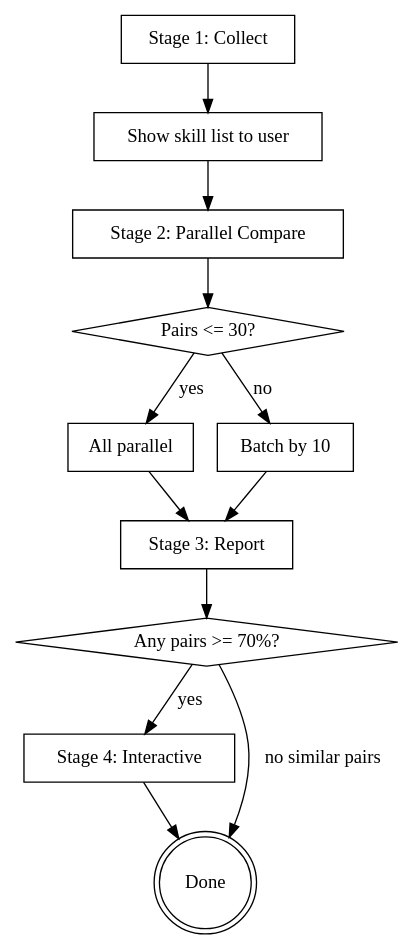
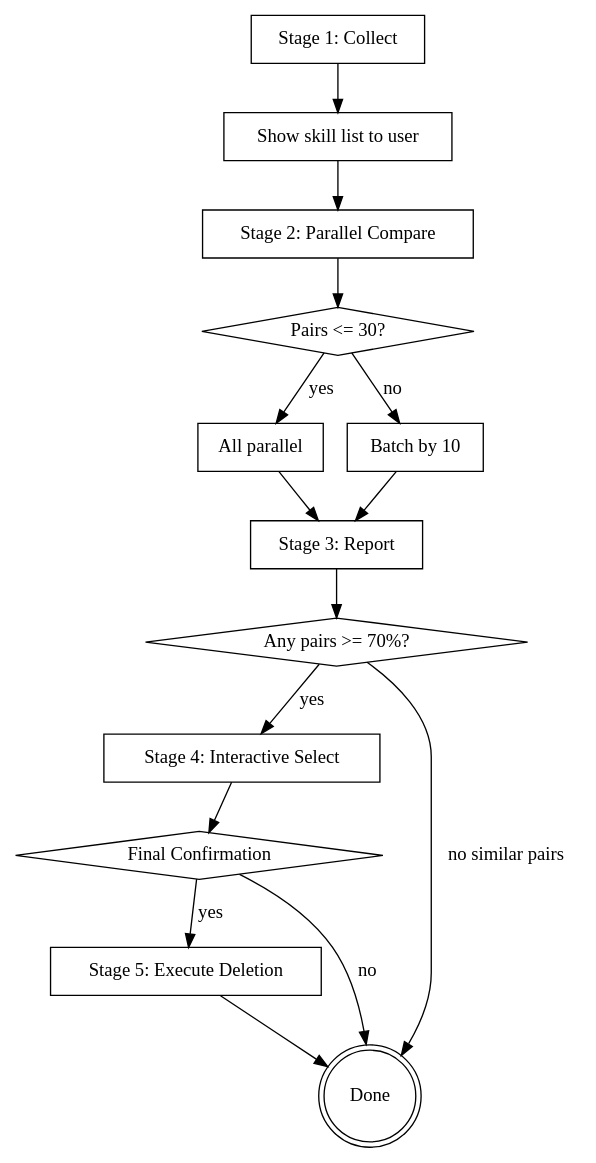
One commit to amebahead/skills-cleaner changed the diagram in skills/clean-skills/SKILL.md. Above: the diagram before and after it, drawn with Graphviz. The commit also changed other lines of this file, not shown here.

````diff
--- a/skills/clean-skills/SKILL.md
+++ b/skills/clean-skills/SKILL.md
@@ -18,26 +18,31 @@
 ```dot
 digraph skills_cleaner {
     "Stage 1: Collect" [shape=box];
     "Show skill list to user" [shape=box];
     "Stage 2: Parallel Compare" [shape=box];
     "Pairs <= 30?" [shape=diamond];
     "All parallel" [shape=box];
     "Batch by 10" [shape=box];
     "Stage 3: Report" [shape=box];
     "Any pairs >= 70%?" [shape=diamond];
-    "Stage 4: Interactive" [shape=box];
+    "Stage 4: Interactive Select" [shape=box];
+    "Final Confirmation" [shape=diamond];
+    "Stage 5: Execute Deletion" [shape=box];
     "Done" [shape=doublecircle];
 
     "Stage 1: Collect" -> "Show skill list to user";
     "Show skill list to user" -> "Stage 2: Parallel Compare";
     "Stage 2: Parallel Compare" -> "Pairs <= 30?";
     "Pairs <= 30?" -> "All parallel" [label="yes"];
     "Pairs <= 30?" -> "Batch by 10" [label="no"];
     "All parallel" -> "Stage 3: Report";
     "Batch by 10" -> "Stage 3: Report";
     "Stage 3: Report" -> "Any pairs >= 70%?";
-    "Any pairs >= 70%?" -> "Stage 4: Interactive" [label="yes"];
+    "Any pairs >= 70%?" -> "Stage 4: Interactive Select" [label="yes"];
     "Any pairs >= 70%?" -> "Done" [label="no similar pairs"];
-    "Stage 4: Interactive" -> "Done";
+    "Stage 4: Interactive Select" -> "Final Confirmation";
+    "Final Confirmation" -> "Stage 5: Execute Deletion" [label="yes"];
+    "Final Confirmation" -> "Done" [label="no"];
+    "Stage 5: Execute Deletion" -> "Done";
 }
 ```
````
